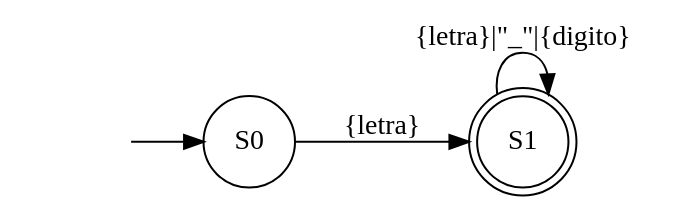
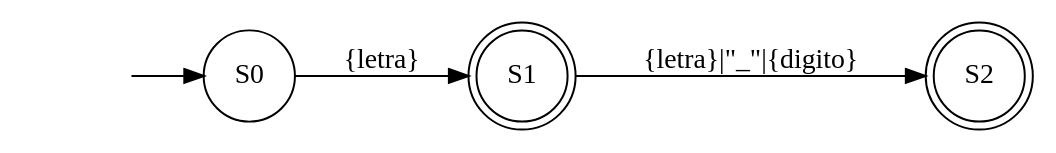
Before and after one commit to Gerson7w7/COMPI1_Proyecto1_202000166: the diagram in Proyecto1_COMPI1/REPORTES/AFD_202000166/ExpReg1.dot, drawn with Graphviz. The commit also changed 49 other files, not shown here.

```diff
--- a/Proyecto1_COMPI1/REPORTES/AFD_202000166/ExpReg1.dot
+++ b/Proyecto1_COMPI1/REPORTES/AFD_202000166/ExpReg1.dot
@@ -1,10 +1,11 @@
 digraph automata {
 rankdir=LR
 ini [shape="none" label=""]
 S0[shape="circle"];
 S1[shape="doublecircle"];
+S2[shape="doublecircle"];
 
 ini->S0;
 S0->S1[label="{letra}"];
-S1->S1[label="{letra}|\"_\"|{digito}"]
+S1->S2[label="{letra}|\"_\"|{digito}"]
 }
```
